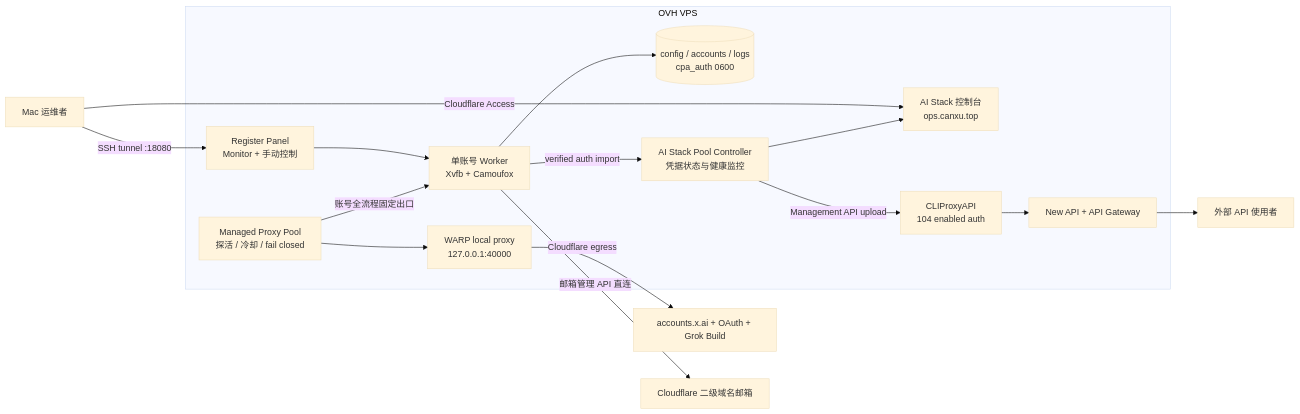
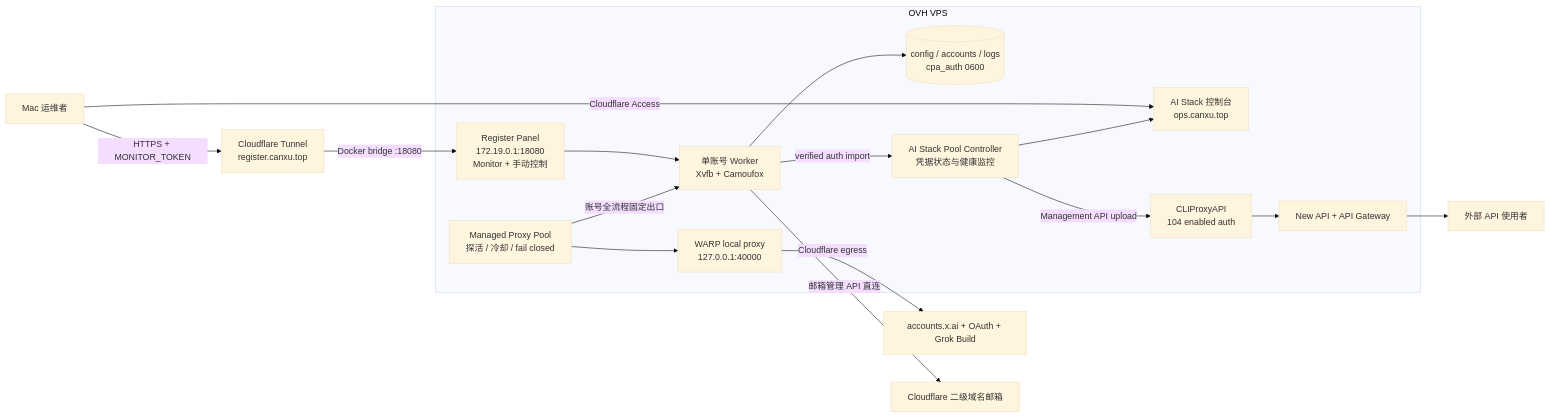
The first of 4 diagrams in docs/OPERATIONS_ARCHITECTURE.md (canxua/grok-register-panel), drawn with Mermaid (base theme) before and after one commit. The commit also changed other lines of this file and 7 other files, not shown here.

Commit message:
feat(ops): publish register panel through tunnel

````diff
--- a/docs/OPERATIONS_ARCHITECTURE.md
+++ b/docs/OPERATIONS_ARCHITECTURE.md
@@ -34,30 +34,31 @@
 ```mermaid
 flowchart LR
-    operator["Mac 运维者"] -->|"SSH tunnel :18080"| panel
+    operator["Mac 运维者"] -->|"HTTPS + MONITOR_TOKEN"| edge
     operator -->|"Cloudflare Access"| ops
+    edge["Cloudflare Tunnel\nregister.canxu.top"] -->|"Docker bridge :18080"| panel
 
     subgraph ovh["OVH VPS"]
-        panel["Register Panel\nMonitor + 手动控制"]
+        panel["Register Panel\n172.19.0.1:18080\nMonitor + 手动控制"]
         runner["单账号 Worker\nXvfb + Camoufox"]
         proxy_pool["Managed Proxy Pool\n探活 / 冷却 / fail closed"]
         warp["WARP local proxy\n127.0.0.1:40000"]
         local_state[("config / accounts / logs\ncpa_auth 0600")]
         controller["AI Stack Pool Controller\n凭据状态与健康监控"]
         cliproxy["CLIProxyAPI\n104 enabled auth"]
         gateway["New API + API Gateway"]
         ops["AI Stack 控制台\nops.canxu.top"]
 
         panel --> runner
         proxy_pool -->|"账号全流程固定出口"| runner
         proxy_pool --> warp
         runner --> local_state
         runner -->|"verified auth import"| controller
         controller -->|"Management API upload"| cliproxy
         cliproxy --> gateway
         controller --> ops
     end
 
     warp -->|"Cloudflare egress"| xai["accounts.x.ai + OAuth + Grok Build"]
     runner -->|"邮箱管理 API 直连"| mail["Cloudflare 二级域名邮箱"]
     gateway --> clients["外部 API 使用者"]
 ```
````
